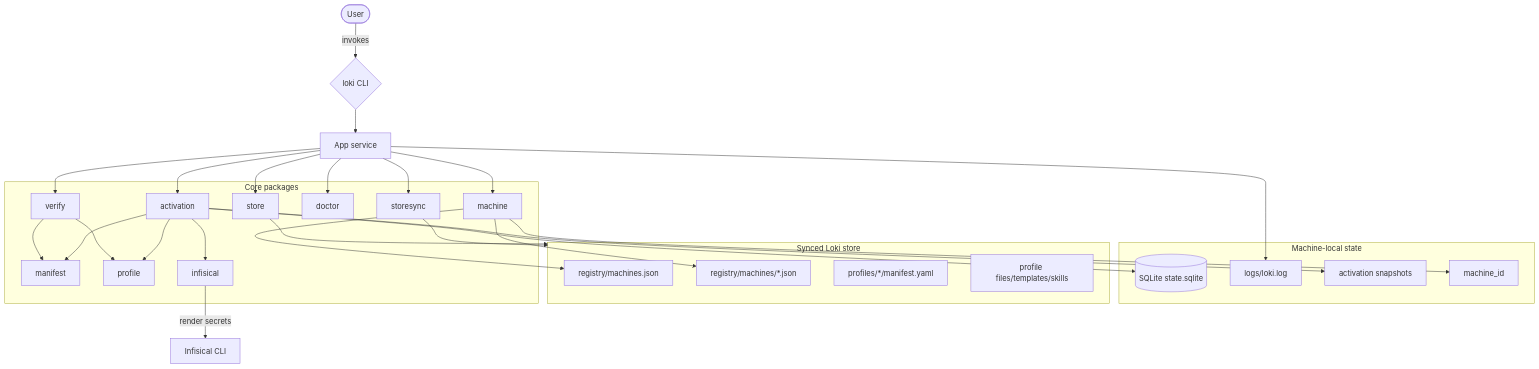
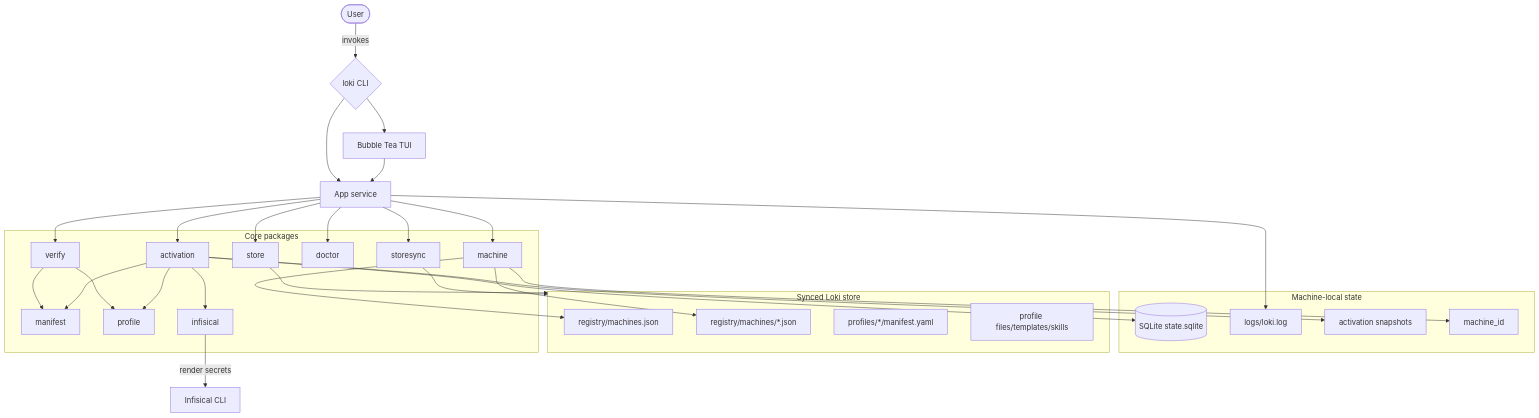
Before and after one commit to asudbring/loki-profile-manager: the first of 6 diagrams in docs/ARCHITECTURE.md, drawn with Mermaid. The commit also changed other lines of this file and 5 other files, not shown here.

````diff
--- a/docs/ARCHITECTURE.md
+++ b/docs/ARCHITECTURE.md
@@ -7,57 +7,60 @@
 ```mermaid
 flowchart TB
     User([User])
     CLI{loki CLI}
+    TUI[Bubble Tea TUI]
     App[App service]
 
     subgraph LocalState[Machine-local state]
       DB[(SQLite state.sqlite)]
       Logs[logs/loki.log]
       Snapshots[activation snapshots]
       MachineID[machine_id]
     end
 
     subgraph Store[Synced Loki store]
       Registry[registry/machines.json]
       Heartbeats[registry/machines/*.json]
       Profiles[profiles/*/manifest.yaml]
       Files[profile files/templates/skills]
     end
 
     subgraph Core[Core packages]
       StorePkg[store]
       MachinePkg[machine]
       ManifestPkg[manifest]
       ProfilePkg[profile]
       VerifyPkg[verify]
       DoctorPkg[doctor]
       SyncPkg[storesync]
       ActivationPkg[activation]
       InfisicalPkg[infisical]
     end
 
     InfisicalCLI[Infisical CLI]
 
     User -->|invokes| CLI
     CLI --> App
+    CLI --> TUI
+    TUI --> App
     App --> StorePkg
     App --> MachinePkg
     App --> VerifyPkg
     App --> DoctorPkg
     App --> SyncPkg
     App --> ActivationPkg
     StorePkg --> Store
     MachinePkg --> Registry
     MachinePkg --> Heartbeats
     MachinePkg --> MachineID
     VerifyPkg --> ManifestPkg
     VerifyPkg --> ProfilePkg
     ActivationPkg --> ManifestPkg
     SyncPkg --> Store
     ActivationPkg --> ProfilePkg
     ActivationPkg --> DB
     ActivationPkg --> Snapshots
     ActivationPkg --> InfisicalPkg
     InfisicalPkg -->|render secrets| InfisicalCLI
     App --> Logs
 ```
````
